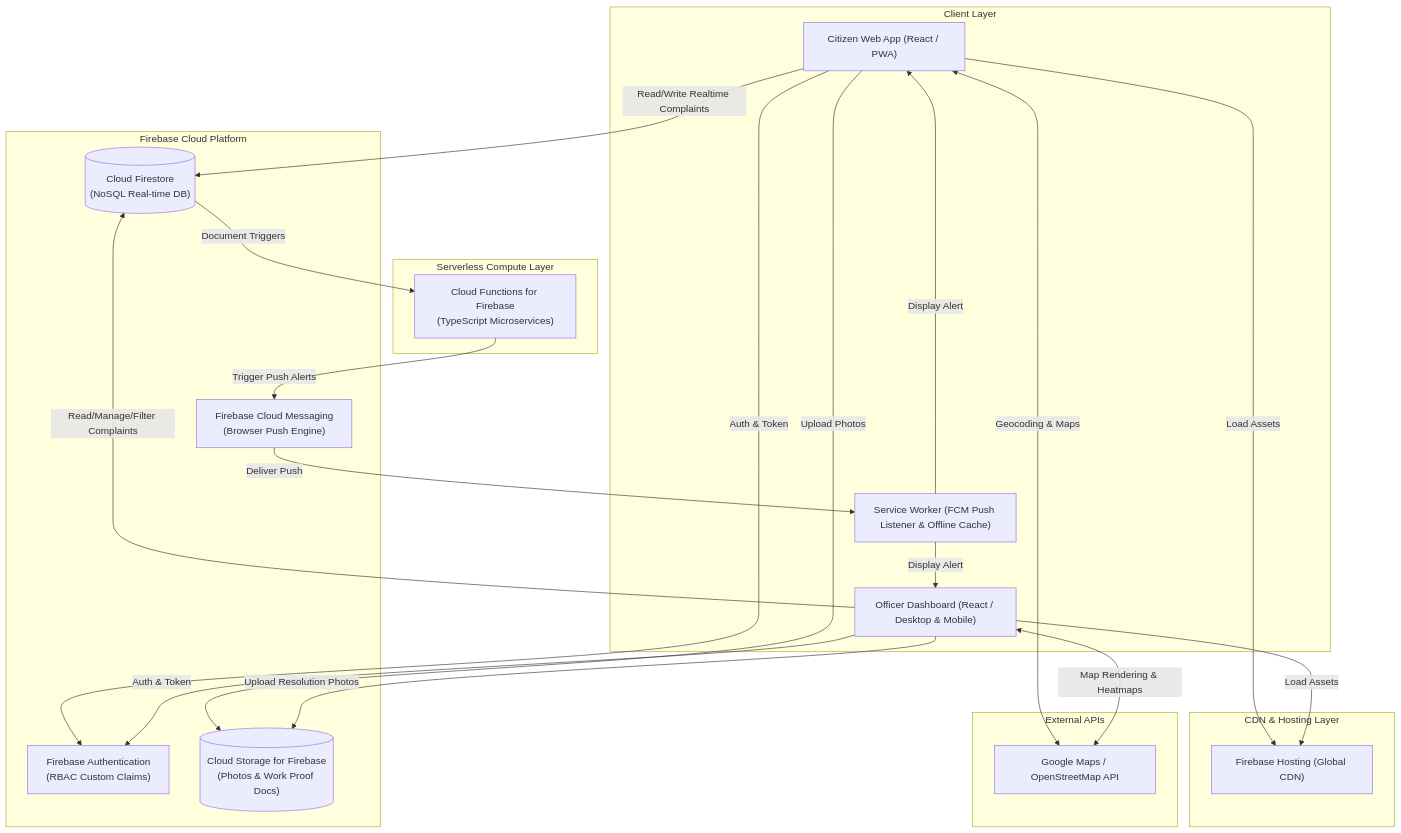
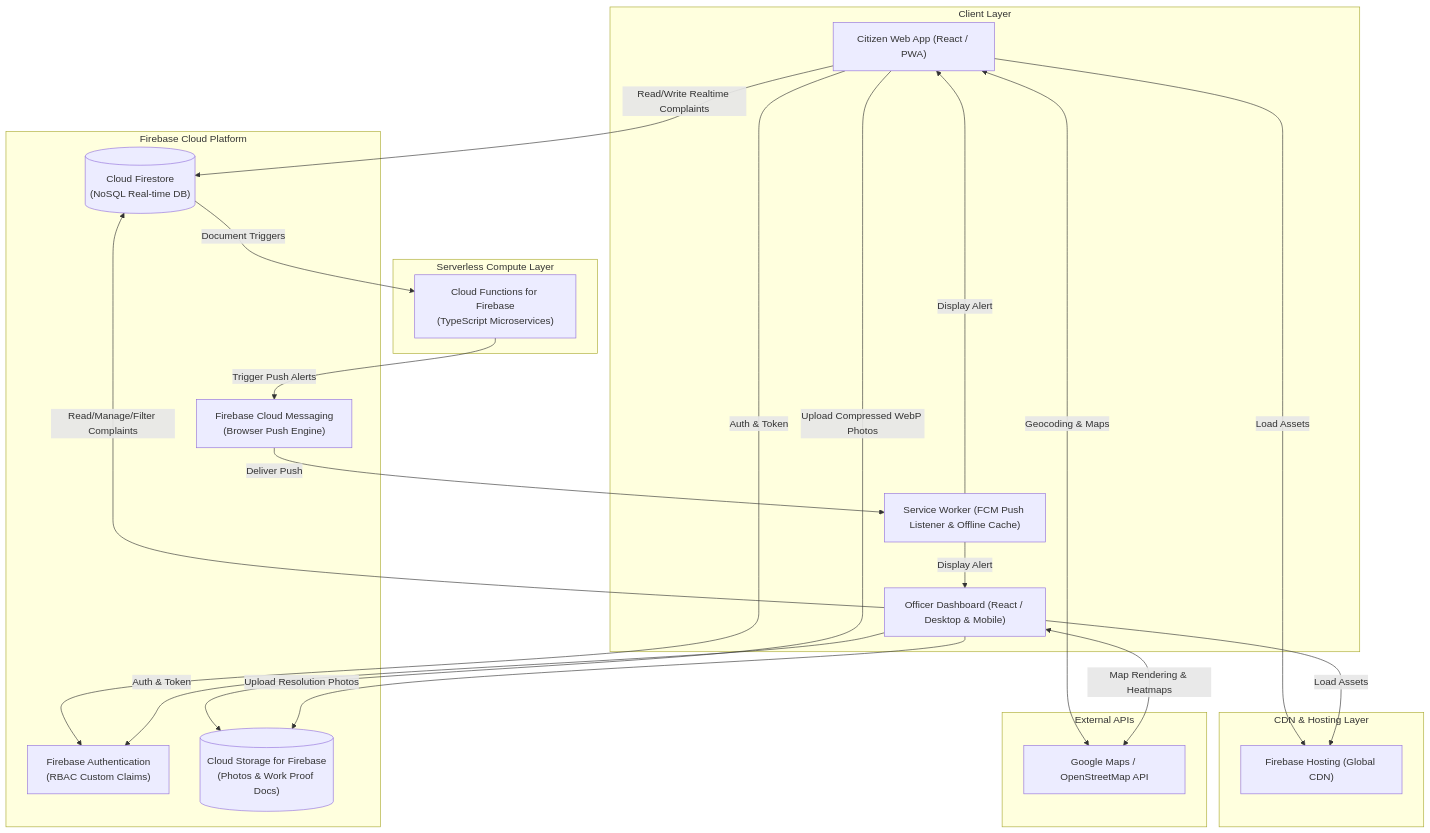
One commit to pchaow/civic-app-tutorial changed the first of 3 diagrams in proporsal/system-design.md. Above: the diagram before and after it, drawn with Mermaid. The commit also changed 2 other files, not shown here.

Commit message:
Update proposal & slides documentation with image compression & version guardrails

````diff
--- a/proporsal/system-design.md
+++ b/proporsal/system-design.md
@@ -7,48 +7,48 @@
 ```mermaid
 graph TD
     subgraph Client Layer
         CitizenUI["Citizen Web App (React / PWA)"]
         OfficerUI["Officer Dashboard (React / Desktop & Mobile)"]
         SW["Service Worker (FCM Push Listener & Offline Cache)"]
     end
 
     subgraph CDN & Hosting Layer
         FBHosting["Firebase Hosting (Global CDN)"]
     end
 
     subgraph Firebase Cloud Platform
         FBAuth["Firebase Authentication\n(RBAC Custom Claims)"]
         Firestore[("Cloud Firestore\n(NoSQL Real-time DB)")]
         FBStorage[("Cloud Storage for Firebase\n(Photos & Work Proof Docs)")]
         FCM["Firebase Cloud Messaging\n(Browser Push Engine)"]
     end
 
     subgraph Serverless Compute Layer
         CloudFunctions["Cloud Functions for Firebase\n(TypeScript Microservices)"]
     end
 
     subgraph External APIs
         MapsAPI["Google Maps / OpenStreetMap API"]
     end
 
     CitizenUI -->|Load Assets| FBHosting
     OfficerUI -->|Load Assets| FBHosting
 
     CitizenUI -->|Auth & Token| FBAuth
     OfficerUI -->|Auth & Token| FBAuth
 
     CitizenUI -->|Read/Write Realtime Complaints| Firestore
     OfficerUI -->|Read/Manage/Filter Complaints| Firestore
 
-    CitizenUI -->|Upload Photos| FBStorage
+    CitizenUI -->|Upload Compressed WebP Photos| FBStorage
     OfficerUI -->|Upload Resolution Photos| FBStorage
 
     CitizenUI <-->|Geocoding & Maps| MapsAPI
     OfficerUI <-->|Map Rendering & Heatmaps| MapsAPI
 
     Firestore -->|Document Triggers| CloudFunctions
     CloudFunctions -->|Trigger Push Alerts| FCM
     FCM -->|Deliver Push| SW
     SW -->|Display Alert| CitizenUI
     SW -->|Display Alert| OfficerUI
 ```
````
